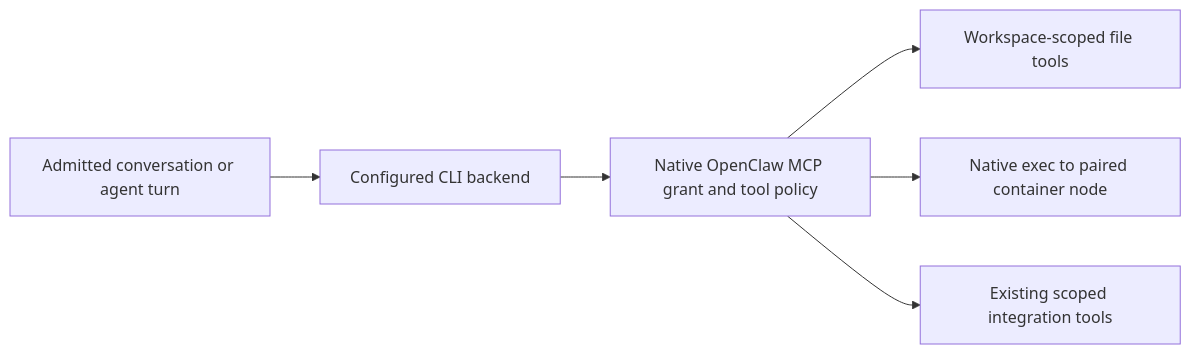
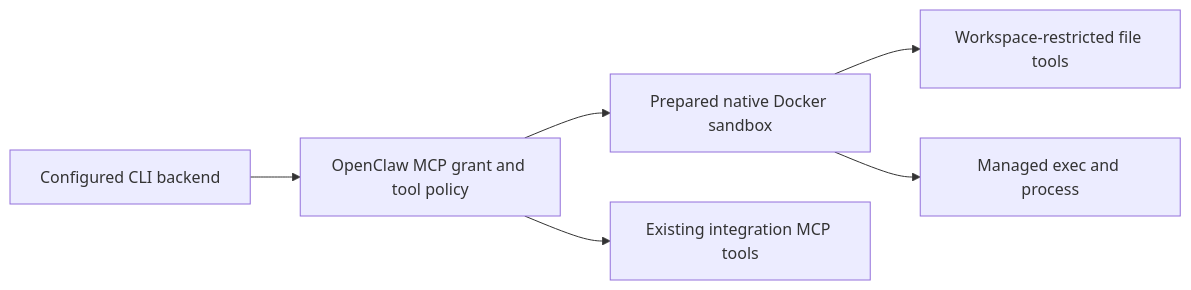
The second of 2 diagrams in docs/plans/voice-consultation-through-agent-turn.md (coletaylor788/puddles), drawn with Mermaid before and after one commit. The commit also changed other lines of this file and 5 other files, not shown here.

Commit message:
Bind managed CLI coding tools to the native sandbox

````diff
--- a/docs/plans/voice-consultation-through-agent-turn.md
+++ b/docs/plans/voice-consultation-through-agent-turn.md
@@ -54,8 +58,8 @@
 ```mermaid
 flowchart LR
-  A[Admitted conversation or agent turn] --> C[Configured CLI backend]
-  C --> M[Native OpenClaw MCP grant and tool policy]
-  M --> F[Workspace-scoped file tools]
-  M --> X[Native exec to paired container node]
-  M --> I[Existing scoped integration tools]
+  C[Configured CLI backend] --> M[OpenClaw MCP grant and tool policy]
+  M --> S[Prepared native Docker sandbox]
+  S --> F[Workspace-restricted file tools]
+  S --> E[Managed exec and process]
+  M --> I[Existing integration MCP tools]
 ```
````
